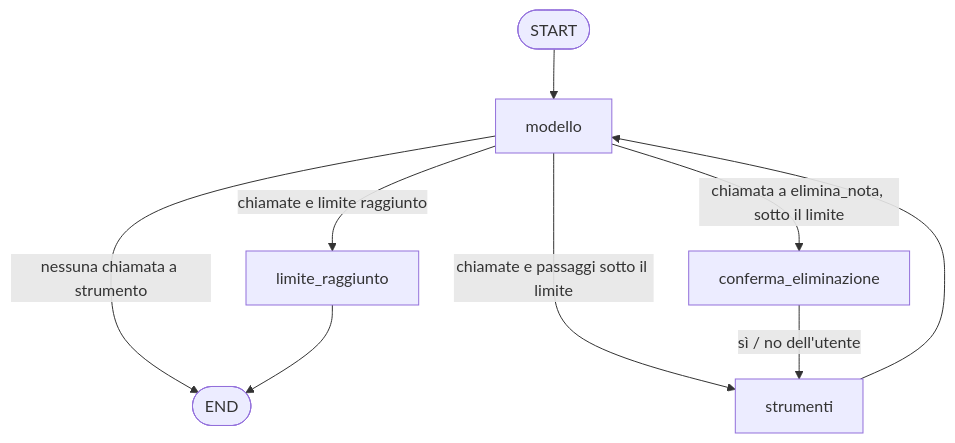
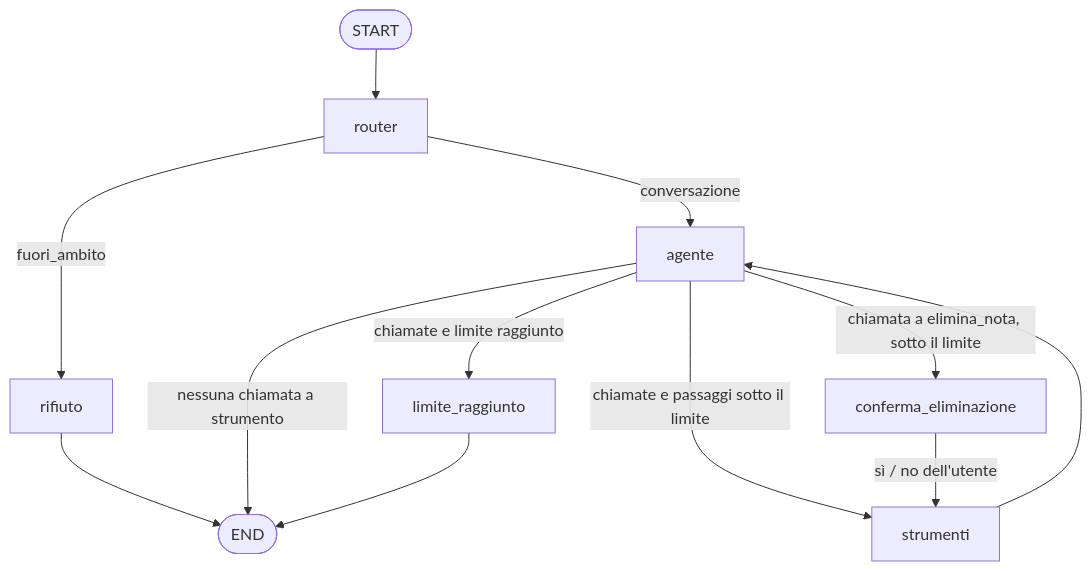
One commit to simonetamagno25-blip/Laboratorio-LLM changed the diagram in lezione_4/README.md. Above: the diagram before and after it, drawn with Mermaid. The commit also changed other lines of this file and 1 other file, not shown here.

Commit message:
docs: router e ambito dell'agente nel README e roadmap

````diff
--- a/lezione_4/README.md
+++ b/lezione_4/README.md
@@ -289,11 +315,14 @@
 ```mermaid
 flowchart TD
-    START([START]) --> modello
-    modello -->|nessuna chiamata a strumento| END([END])
-    modello -->|chiamate e passaggi sotto il limite| strumenti
-    modello -->|chiamata a elimina_nota, sotto il limite| conferma_eliminazione
-    modello -->|chiamate e limite raggiunto| limite_raggiunto
+    START([START]) --> router
+    router -->|conversazione| agente
+    router -->|fuori_ambito| rifiuto
+    rifiuto --> END([END])
+    agente -->|nessuna chiamata a strumento| END
+    agente -->|chiamate e passaggi sotto il limite| strumenti
+    agente -->|chiamata a elimina_nota, sotto il limite| conferma_eliminazione
+    agente -->|chiamate e limite raggiunto| limite_raggiunto
     conferma_eliminazione -->|sì / no dell'utente| strumenti
-    strumenti --> modello
+    strumenti --> agente
     limite_raggiunto --> END
 ```
````
